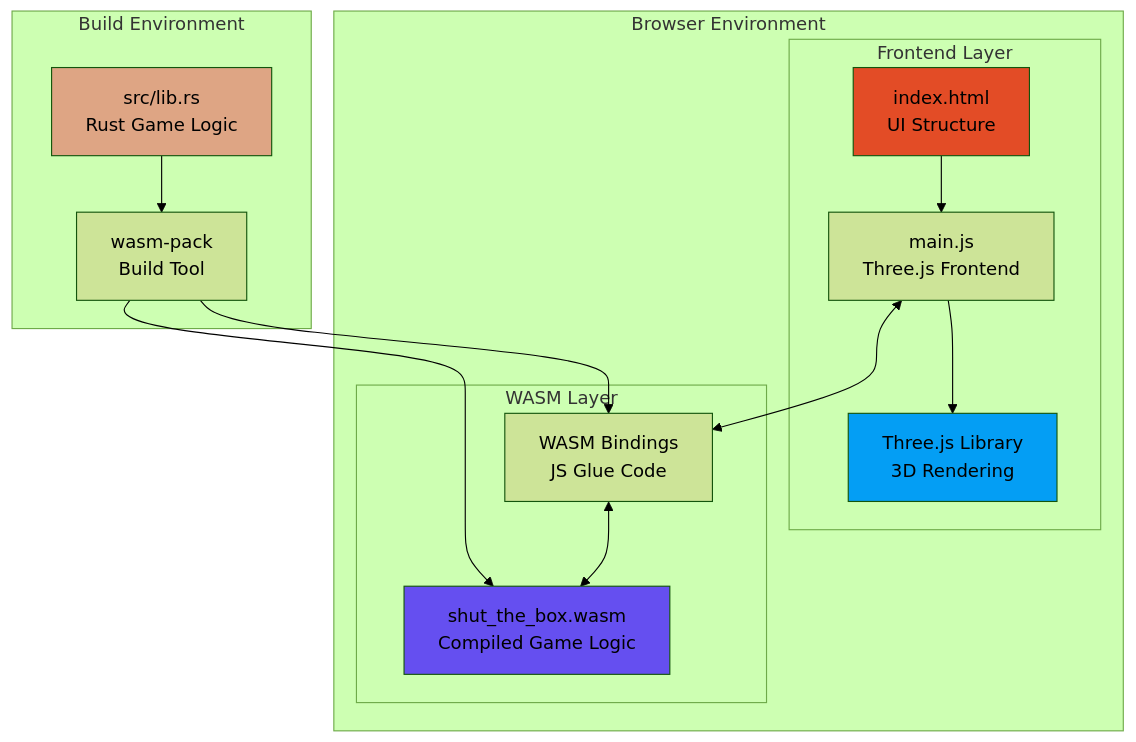
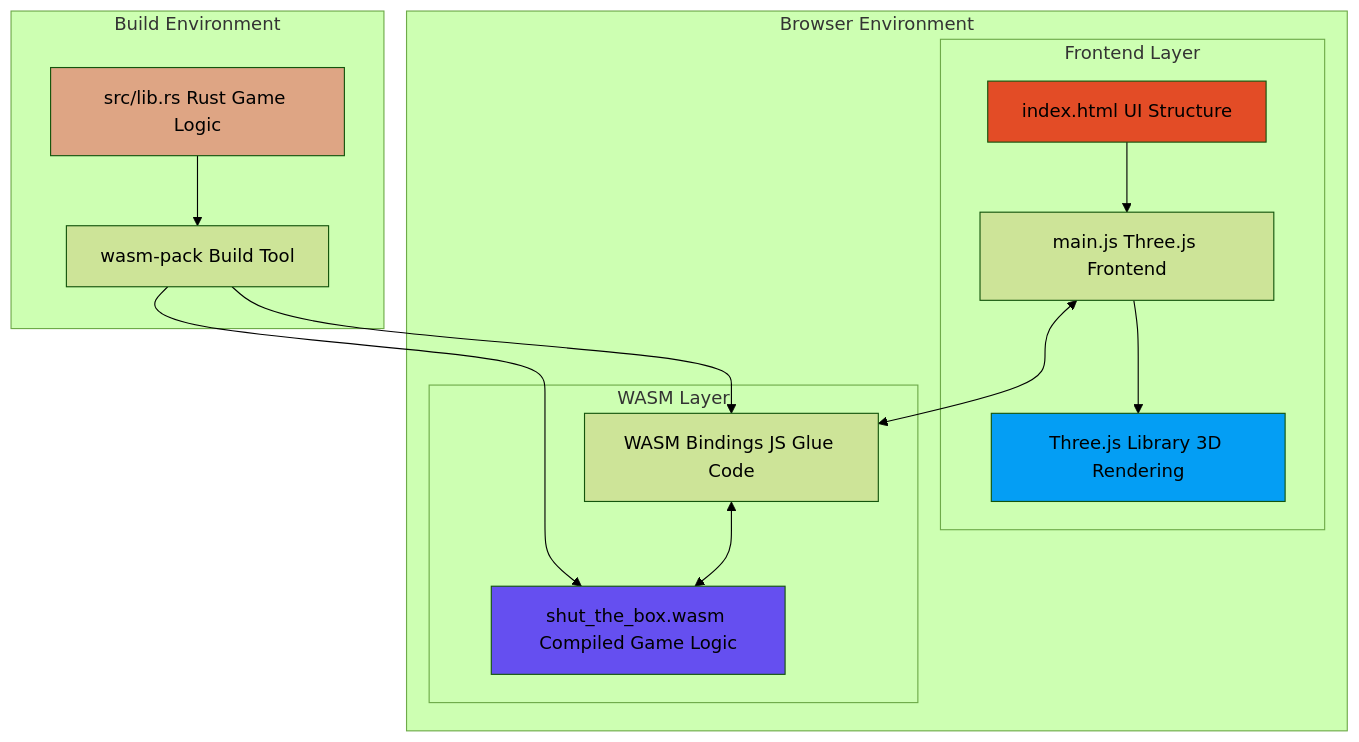
One commit to softwarewrighter/shut_the_box changed the first of 7 diagrams in wiki/Architecture.md. Above: the diagram before and after it, drawn with Mermaid (forest theme). The commit also changed other lines of this file and 5 other files, not shown here.

````diff
--- a/wiki/Architecture.md
+++ b/wiki/Architecture.md
@@ -7,33 +7,33 @@
 ```mermaid
 graph TB
     subgraph "Browser Environment"
         subgraph "Frontend Layer"
-            HTML[index.html<br/>UI Structure]
-            JS[main.js<br/>Three.js Frontend]
-            THREE[Three.js Library<br/>3D Rendering]
+            HTML[index.html UI Structure]
+            JS[main.js Three.js Frontend]
+            THREE[Three.js Library 3D Rendering]
         end
 
         subgraph "WASM Layer"
-            WASM[shut_the_box.wasm<br/>Compiled Game Logic]
-            BINDINGS[WASM Bindings<br/>JS Glue Code]
+            WASM[shut_the_box.wasm Compiled Game Logic]
+            BINDINGS[WASM Bindings JS Glue Code]
         end
     end
 
     subgraph "Build Environment"
-        RUST[src/lib.rs<br/>Rust Game Logic]
-        WPACK[wasm-pack<br/>Build Tool]
+        RUST[src/lib.rs Rust Game Logic]
+        WPACK[wasm-pack Build Tool]
     end
 
     HTML --> JS
     JS --> THREE
     JS <--> BINDINGS
     BINDINGS <--> WASM
     RUST --> WPACK
     WPACK --> WASM
     WPACK --> BINDINGS
 
     style RUST fill:#dea584
     style WASM fill:#654ff0
     style THREE fill:#049ef4
     style HTML fill:#e34c26
 ```
````
